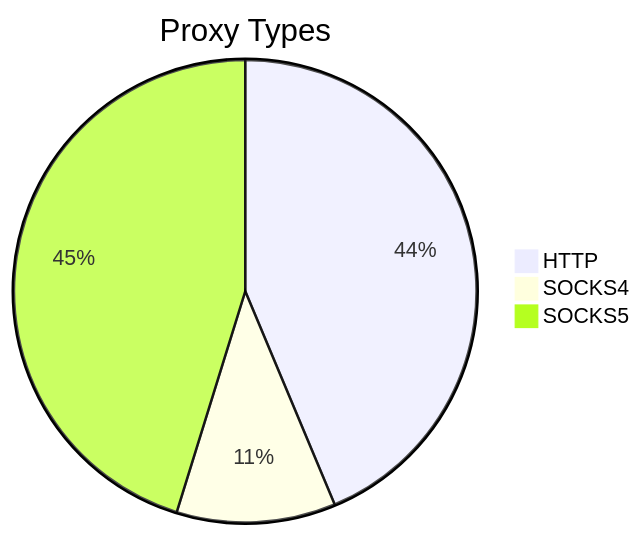
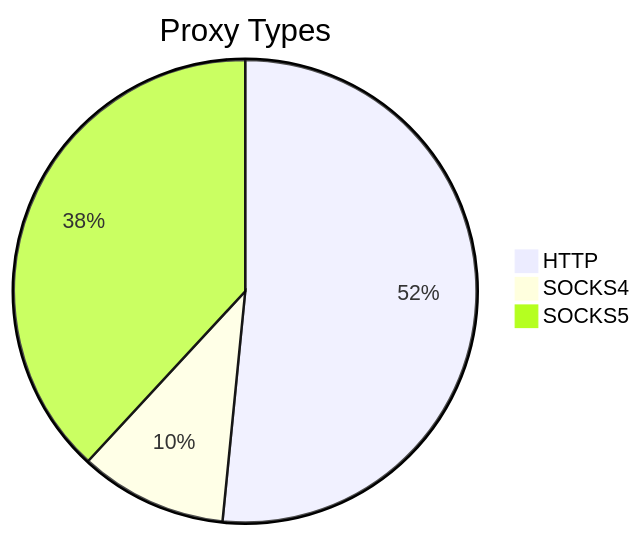
The first of 2 diagrams in README.md (stormsia/proxy-list), drawn with Mermaid before and after one commit. The commit also changed other lines of this file, not shown here.

````diff
--- a/README.md
+++ b/README.md
@@ -21,6 +21,6 @@
 ```mermaid
 pie title Proxy Types
-    "HTTP" : 114
-    "SOCKS4" : 29
-    "SOCKS5" : 118
+    "HTTP" : 115
+    "SOCKS4" : 23
+    "SOCKS5" : 85
 ```
````
